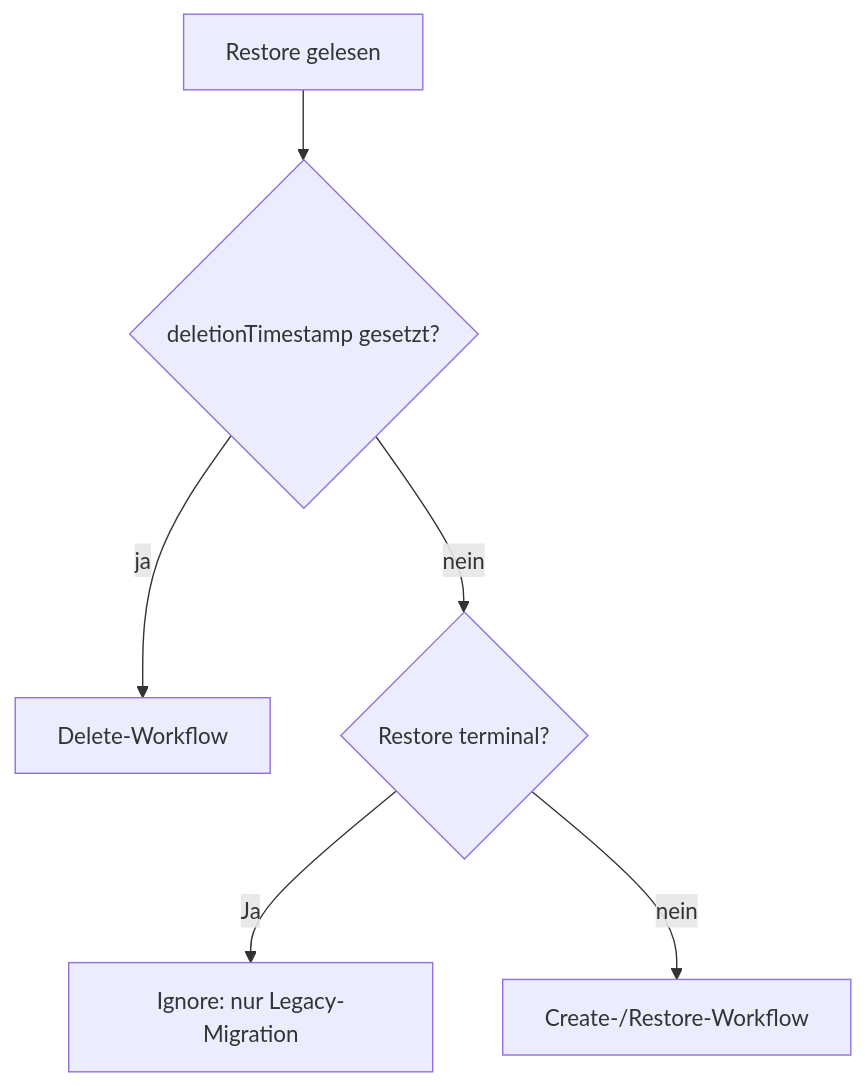
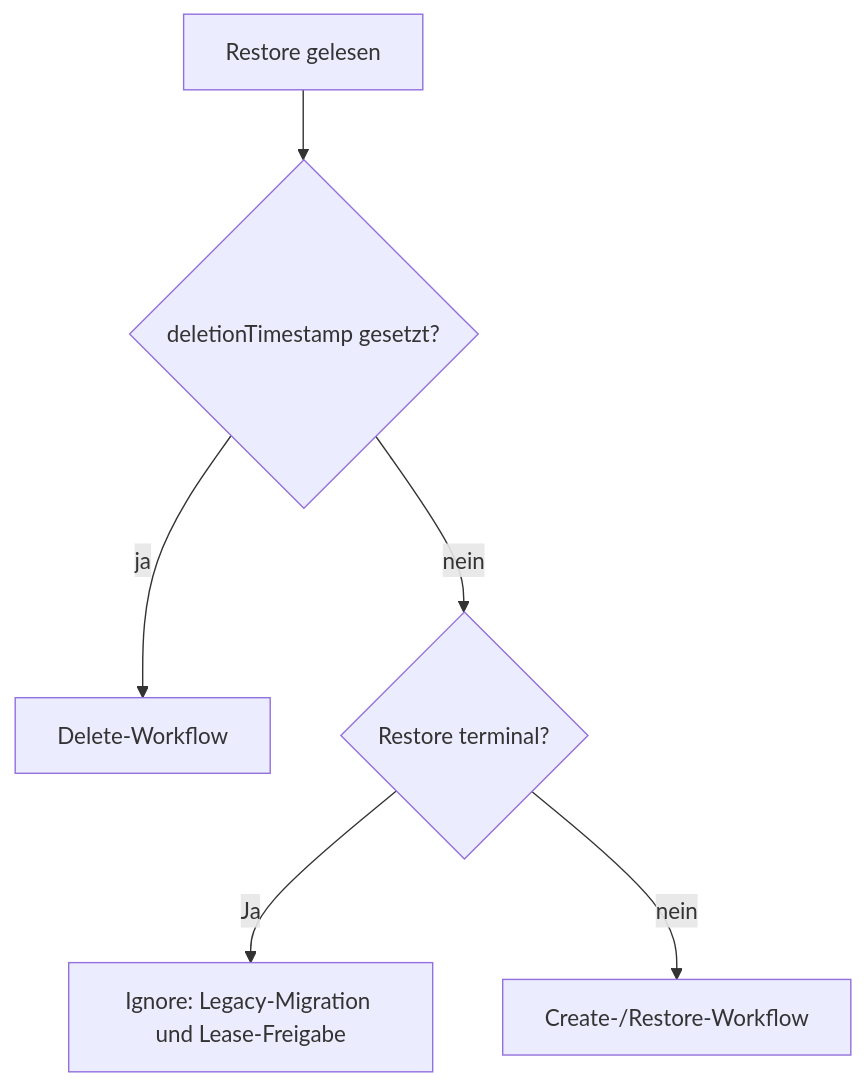
One commit to cloudogu/k8s-backup-operator changed the first of 3 diagrams in docs/development/restore/restore_process_de.md. Above: the diagram before and after it, drawn with Mermaid. The commit also changed 1 other file, not shown here.

Commit message:
[129] Ignore: legacy migration and lease release

````diff
--- a/docs/development/restore/restore_process_de.md
+++ b/docs/development/restore/restore_process_de.md
@@ -11,8 +11,8 @@
 ```mermaid
 flowchart TD
     A[Restore gelesen] --> B{deletionTimestamp gesetzt?}
     B -- ja --> D[Delete-Workflow]
     B -- nein --> C{Restore terminal?}
-    C -- Ja --> I[Ignore: nur Legacy-Migration]
+    C -- Ja --> I[Ignore: Legacy-Migration und Lease-Freigabe]
     C -- nein --> R[Create-/Restore-Workflow]
 ```
````
